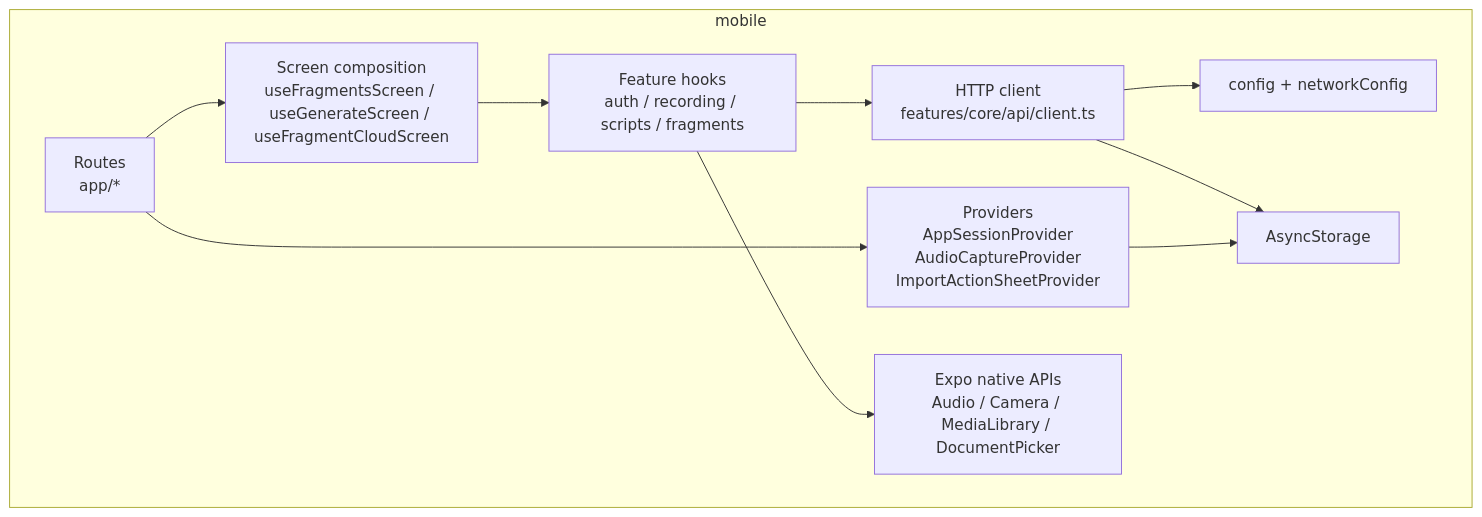
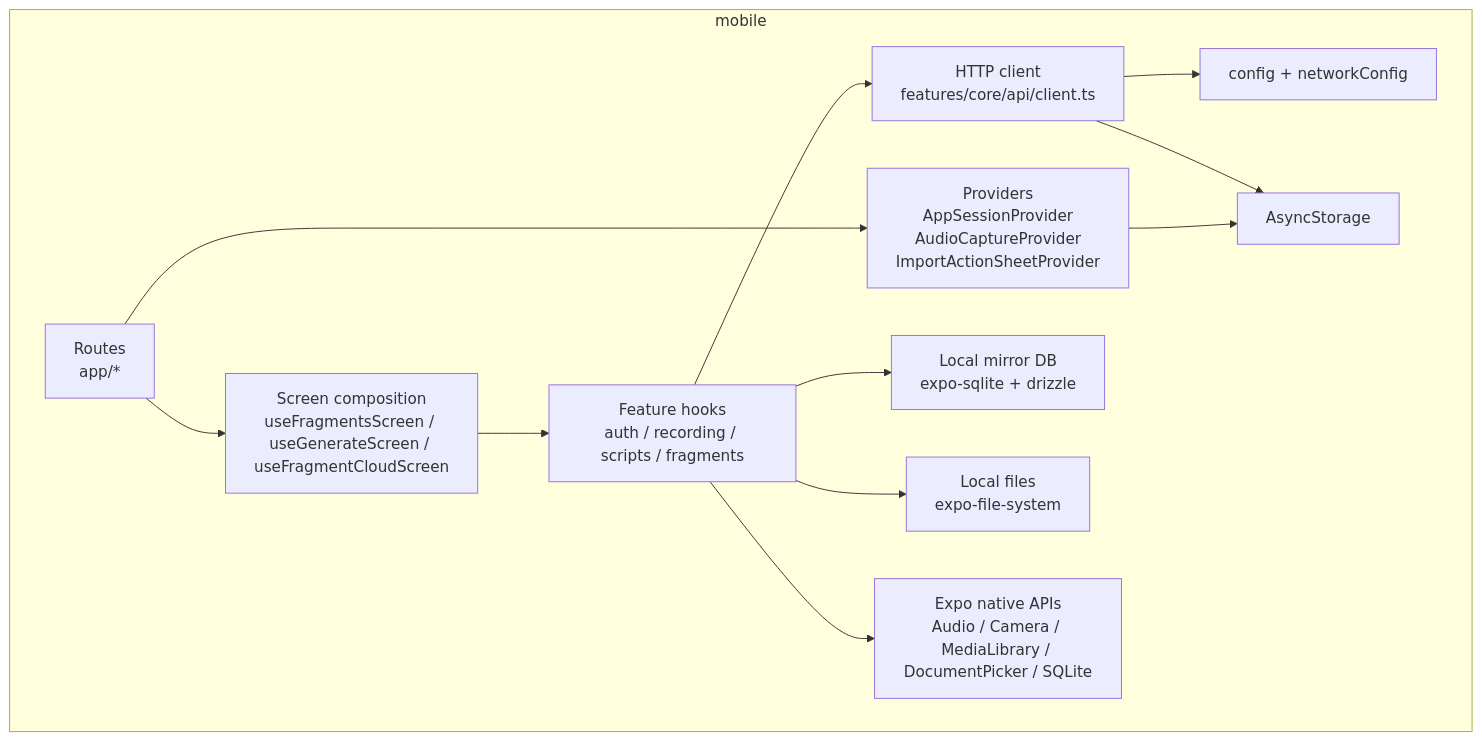
Before and after one commit to YCZA2/SparkFlow: the second of 9 diagrams in memory-bank/architecture.md, drawn with Mermaid. The commit also changed other lines of this file and 22 other files, not shown here.

````diff
--- a/memory-bank/architecture.md
+++ b/memory-bank/architecture.md
@@ -72,22 +76,26 @@
 ```mermaid
 flowchart TD
     subgraph Mobile["mobile"]
         R["Routes<br/>app/*"]
         P["Providers<br/>AppSessionProvider<br/>AudioCaptureProvider<br/>ImportActionSheetProvider"]
         SM["Screen composition<br/>useFragmentsScreen / useGenerateScreen / useFragmentCloudScreen"]
         H["Feature hooks<br/>auth / recording / scripts / fragments"]
         C["HTTP client<br/>features/core/api/client.ts"]
         CFG["config + networkConfig"]
         AS["AsyncStorage"]
-        NATIVE["Expo native APIs<br/>Audio / Camera / MediaLibrary / DocumentPicker"]
+        LDB["Local mirror DB<br/>expo-sqlite + drizzle"]
+        LFS["Local files<br/>expo-file-system"]
+        NATIVE["Expo native APIs<br/>Audio / Camera / MediaLibrary / DocumentPicker / SQLite"]
     end
 
     R --> P
     R --> SM
     SM --> H
     H --> C
+    H --> LDB
+    H --> LFS
     H --> NATIVE
     C --> CFG
     C --> AS
     P --> AS
 ```
````
